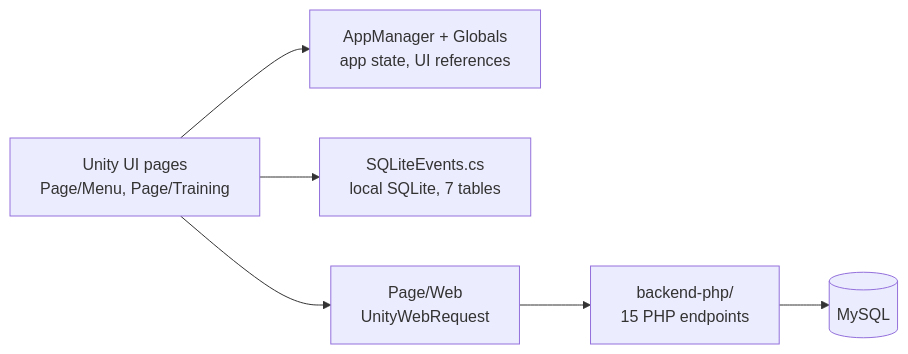
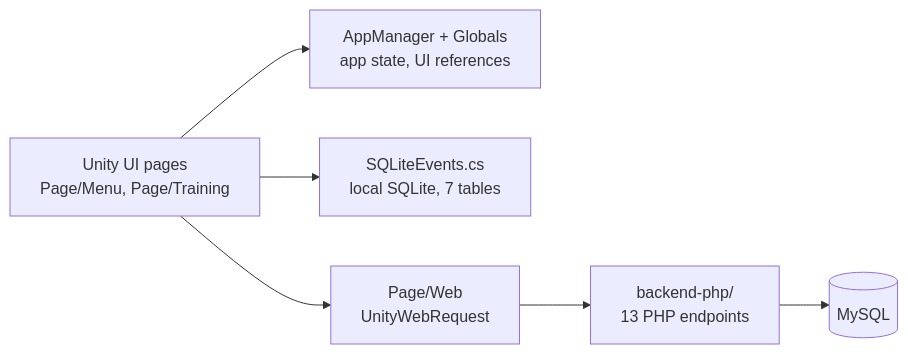
Before and after one commit to nico-1717/gym-app-prototype: the diagram in README.md, drawn with Mermaid. The commit also changed other lines of this file, not shown here.

````diff
--- a/README.md
+++ b/README.md
@@ -17,8 +17,8 @@
 ```mermaid
 flowchart LR
     UI["Unity UI pages<br/>Page/Menu, Page/Training"] --> STATE["AppManager + Globals<br/>app state, UI references"]
     UI --> SQL["SQLiteEvents.cs<br/>local SQLite, 7 tables"]
     UI --> WEB["Page/Web<br/>UnityWebRequest"]
-    WEB --> API["backend-php/<br/>15 PHP endpoints"]
+    WEB --> API["backend-php/<br/>13 PHP endpoints"]
     API --> DB[("MySQL")]
 ```
````
